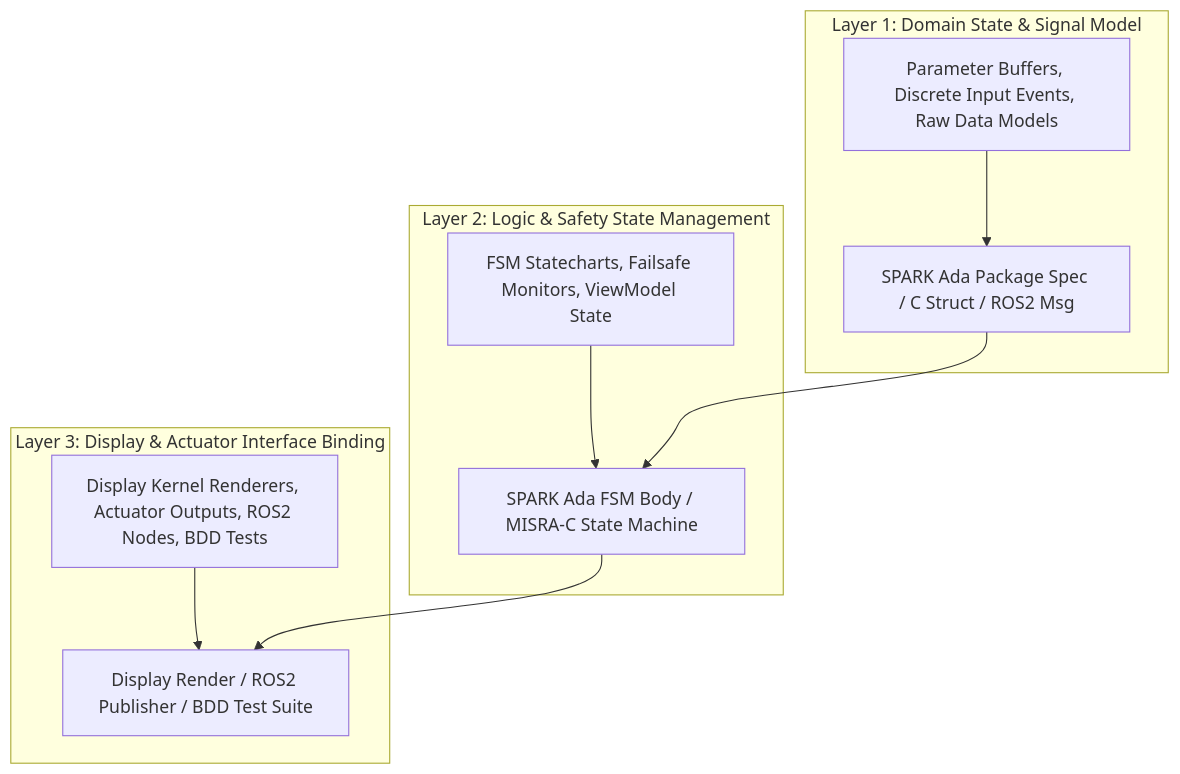
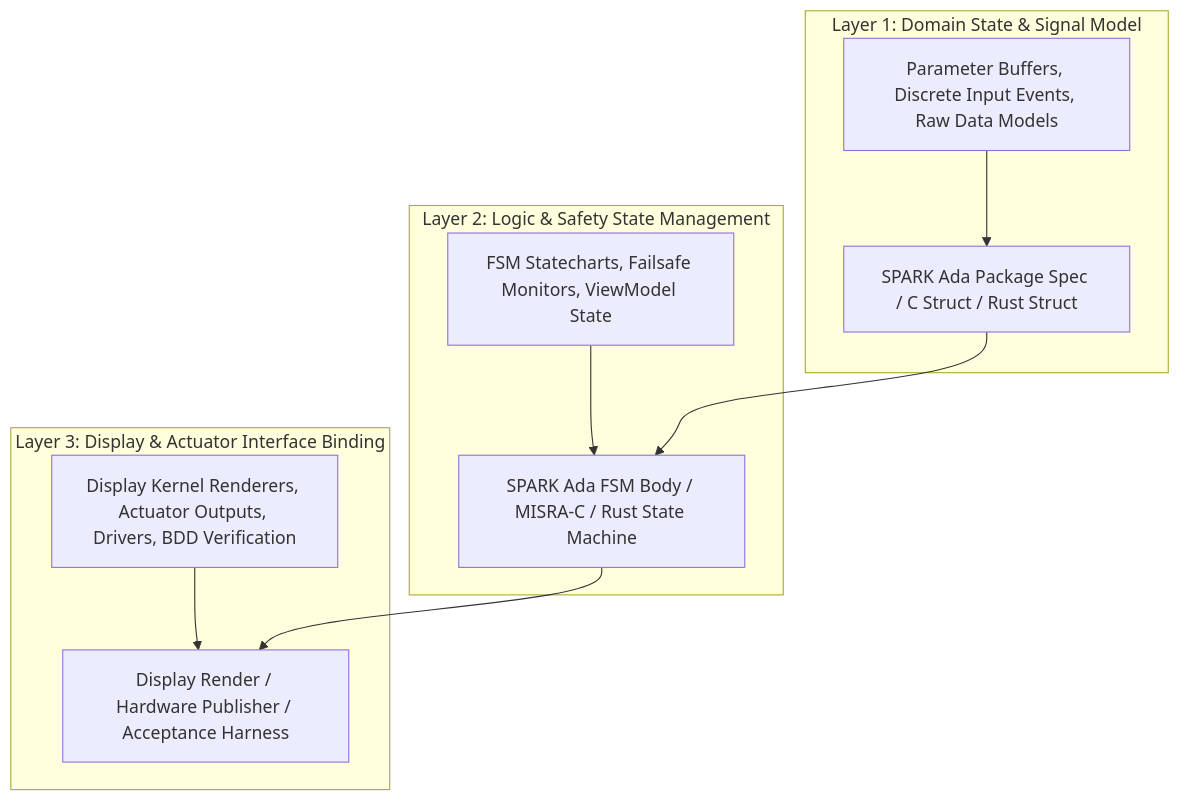
Before and after one commit to gintatkinson/DEAP01-spec-core: the sixth of 8 diagrams in docs/architecture/blueprints/DEAP_SYSML_V2_INGESTION_ENGINE_BLUEPRINT.md, drawn with Mermaid. The commit also changed other lines of this file and 34 other files, not shown here.

Commit message:
docs(architecture): decontaminate reference blueprints and establish master execution plan (refs #405, refs #406)

````diff
--- a/docs/architecture/blueprints/DEAP_SYSML_V2_INGESTION_ENGINE_BLUEPRINT.md
+++ b/docs/architecture/blueprints/DEAP_SYSML_V2_INGESTION_ENGINE_BLUEPRINT.md
@@ -283,22 +433,22 @@
 ```mermaid
 flowchart TD
     subgraph "Layer 1: Domain State & Signal Model"
         L1_Desc["Parameter Buffers, Discrete Input Events, Raw Data Models"]
-        L1_Code["SPARK Ada Package Spec / C Struct / ROS2 Msg"]
+        L1_Code["SPARK Ada Package Spec / C Struct / Rust Struct"]
     end
 
     subgraph "Layer 2: Logic & Safety State Management"
         L2_Desc["FSM Statecharts, Failsafe Monitors, ViewModel State"]
-        L2_Code["SPARK Ada FSM Body / MISRA-C State Machine"]
+        L2_Code["SPARK Ada FSM Body / MISRA-C / Rust State Machine"]
     end
 
     subgraph "Layer 3: Display & Actuator Interface Binding"
-        L3_Desc["Display Kernel Renderers, Actuator Outputs, ROS2 Nodes, BDD Tests"]
-        L3_Code["Display Render / ROS2 Publisher / BDD Test Suite"]
+        L3_Desc["Display Kernel Renderers, Actuator Outputs, Drivers, BDD Verification"]
+        L3_Code["Display Render / Hardware Publisher / Acceptance Harness"]
     end
 
     L1_Desc --> L1_Code
     L2_Desc --> L2_Code
     L3_Desc --> L3_Code
     L1_Code --> L2_Code --> L3_Code
 ```
````
